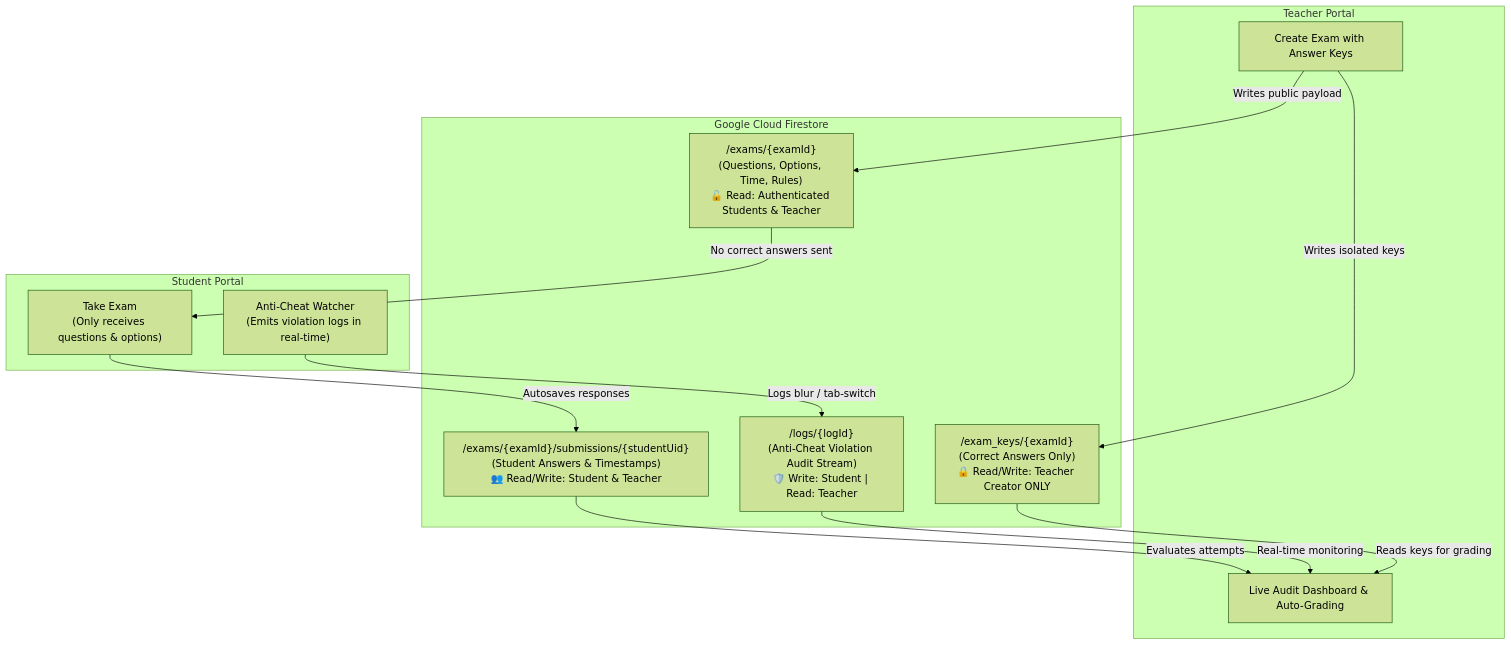
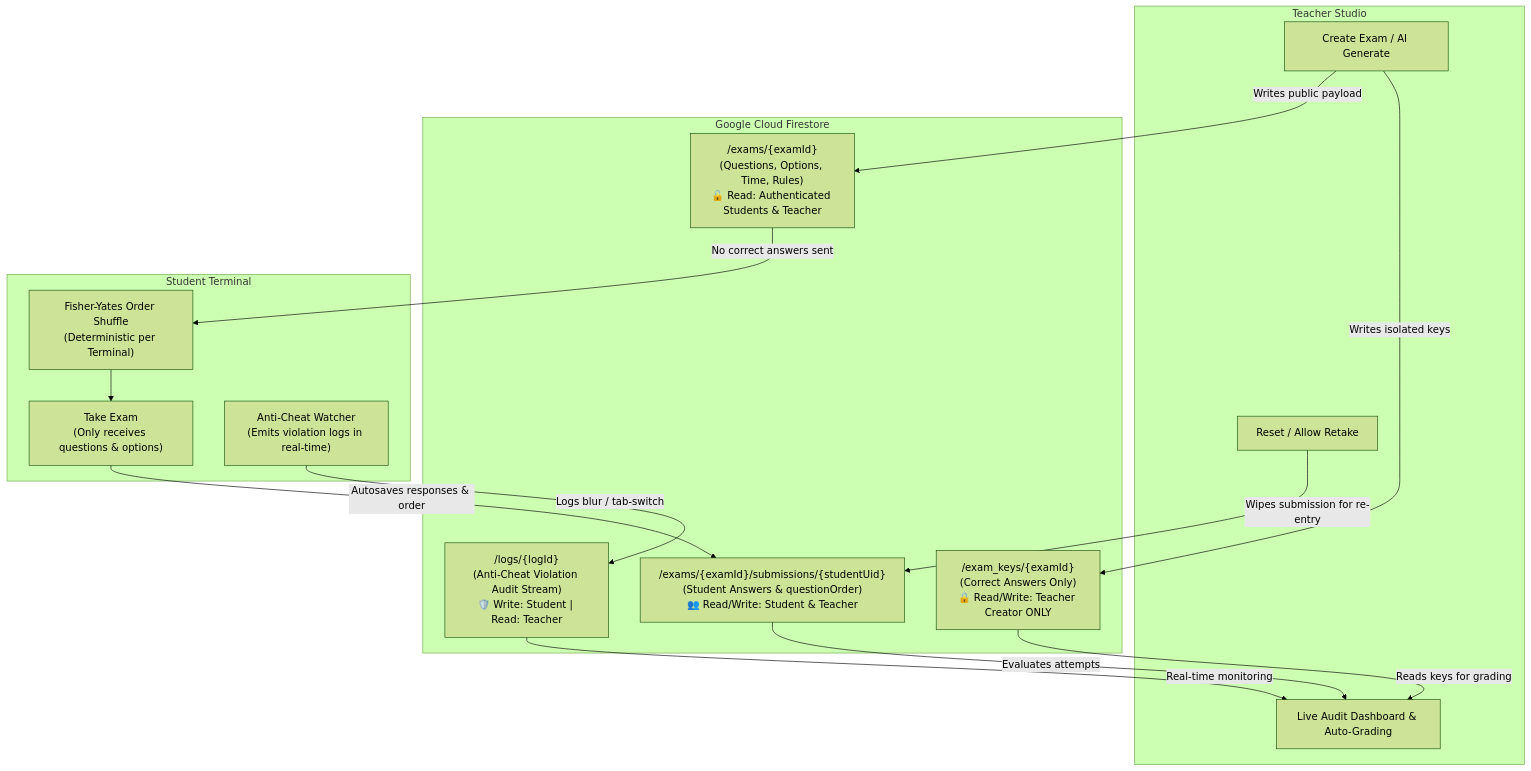
One commit to Jlebot7/ExamTaker changed the diagram in README.md. Above: the diagram before and after it, drawn with Mermaid (forest theme). The commit also changed other lines of this file, not shown here.

Commit message:
docs(readme): update documentation with Auros design, Groq AI generator, and question randomization

````diff
--- a/README.md
+++ b/README.md
@@ -65,28 +93,32 @@
 ```mermaid
 flowchart TD
-    subgraph Teacher["Teacher Portal"]
-        T_Create["Create Exam with Answer Keys"]
+    subgraph Teacher["Teacher Studio"]
+        T_Create["Create Exam / AI Generate"]
         T_Audit["Live Audit Dashboard & Auto-Grading"]
+        T_Reset["Reset / Allow Retake"]
     end
 
     subgraph Firebase["Google Cloud Firestore"]
         DB_Public["/exams/{examId}<br/>(Questions, Options, Time, Rules)<br/>🔓 Read: Authenticated Students & Teacher"]
         DB_Keys["/exam_keys/{examId}<br/>(Correct Answers Only)<br/>🔒 Read/Write: Teacher Creator ONLY"]
-        DB_Submissions["/exams/{examId}/submissions/{studentUid}<br/>(Student Answers & Timestamps)<br/>👥 Read/Write: Student & Teacher"]
+        DB_Submissions["/exams/{examId}/submissions/{studentUid}<br/>(Student Answers & questionOrder)<br/>👥 Read/Write: Student & Teacher"]
         DB_Logs["/logs/{logId}<br/>(Anti-Cheat Violation Audit Stream)<br/>🛡️ Write: Student | Read: Teacher"]
     end
 
-    subgraph Student["Student Portal"]
+    subgraph Student["Student Terminal"]
+        S_Shuffle["Fisher-Yates Order Shuffle<br/>(Deterministic per Terminal)"]
         S_Take["Take Exam<br/>(Only receives questions & options)"]
         S_Logs["Anti-Cheat Watcher<br/>(Emits violation logs in real-time)"]
     end
 
     T_Create -->|Writes public payload| DB_Public
     T_Create -->|Writes isolated keys| DB_Keys
-    DB_Public -->|No correct answers sent| S_Take
-    S_Take -->|Autosaves responses| DB_Submissions
+    DB_Public -->|No correct answers sent| S_Shuffle
+    S_Shuffle --> S_Take
+    S_Take -->|Autosaves responses & order| DB_Submissions
     S_Logs -->|Logs blur / tab-switch| DB_Logs
     DB_Keys -->|Reads keys for grading| T_Audit
     DB_Submissions -->|Evaluates attempts| T_Audit
     DB_Logs -->|Real-time monitoring| T_Audit
+    T_Reset -->|Wipes submission for re-entry| DB_Submissions
 ```
````
